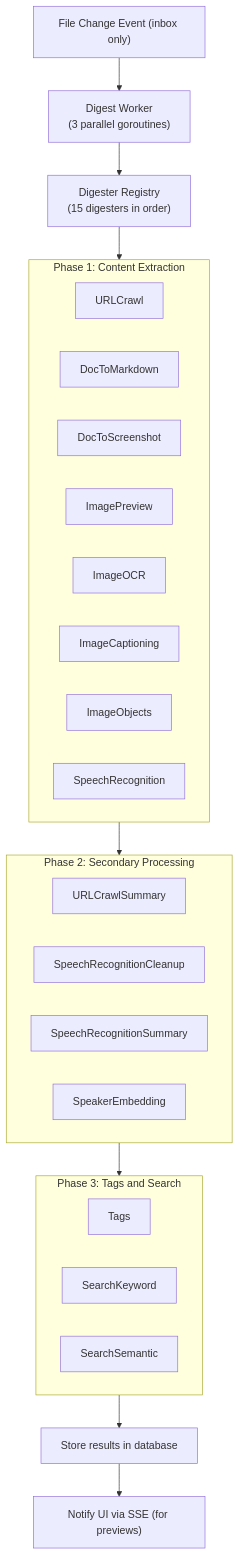
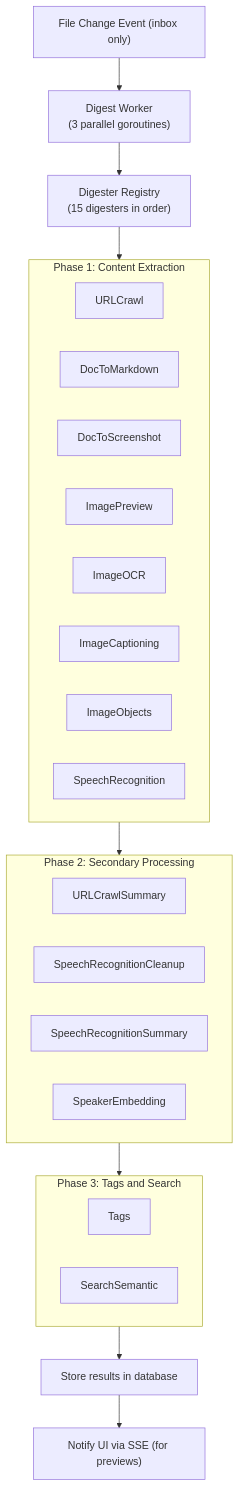
The diagram in src/content/docs/internal/components/digest-system.md (xiaoyuanzhu-com/my-life-db-docs), drawn with Mermaid before and after one commit. The commit also changed other lines of this file and 17 other files, not shown here.

````diff
--- a/src/content/docs/internal/components/digest-system.md
+++ b/src/content/docs/internal/components/digest-system.md
@@ -11,29 +11,29 @@
 ```mermaid
 graph TD
     FCE["File Change Event (inbox only)"] --> DW["Digest Worker\n(3 parallel goroutines)"]
     DW --> DR["Digester Registry\n(15 digesters in order)"]
 
     DR --> P1
 
     subgraph P1["Phase 1: Content Extraction"]
         URLCrawl & DocToMarkdown & DocToScreenshot
         ImagePreview & ImageOCR & ImageCaptioning
         ImageObjects & SpeechRecognition
     end
 
     P1 --> P2
 
     subgraph P2["Phase 2: Secondary Processing"]
         URLCrawlSummary & SpeechRecognitionCleanup
         SpeechRecognitionSummary & SpeakerEmbedding
     end
 
     P2 --> P3
 
     subgraph P3["Phase 3: Tags and Search"]
-        Tags & SearchKeyword & SearchSemantic
+        Tags & SearchSemantic
     end
 
     P3 --> DB["Store results in database"]
     DB --> SSE["Notify UI via SSE (for previews)"]
 ```
````
